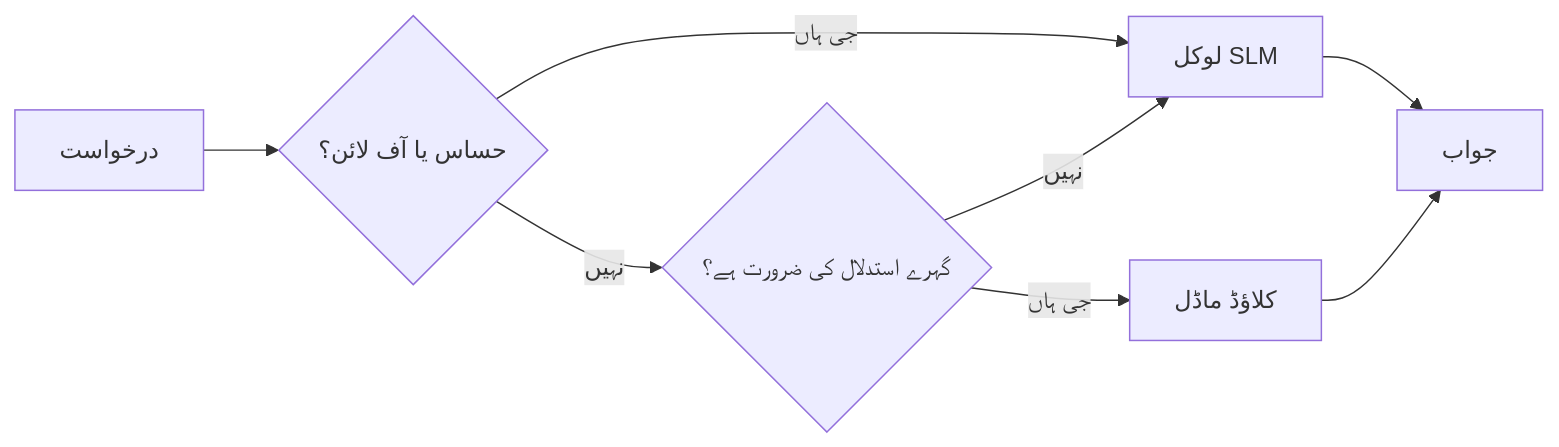
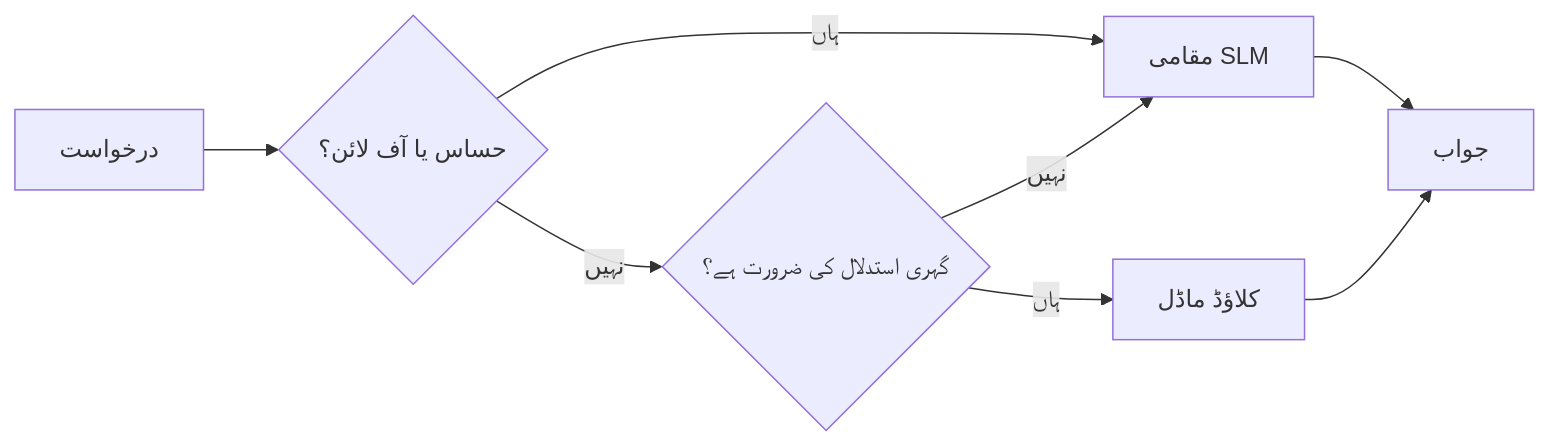
One commit to microsoft/ai-agents-for-beginners changed the fourth of 4 diagrams in translations/ur/17-creating-local-ai-agents/README.md. Above: the diagram before and after it, drawn with Mermaid. The commit also changed other lines of this file and 47 other files, not shown here.

````diff
--- a/translations/ur/17-creating-local-ai-agents/README.md
+++ b/translations/ur/17-creating-local-ai-agents/README.md
@@ -158,10 +158,10 @@
 ```mermaid
 flowchart LR
     Q[درخواست] --> S{حساس یا آف لائن؟}
-    S -->|جی ہاں| L[لوکل SLM]
-    S -->|نہیں| C{گہرے استدلال کی ضرورت ہے؟}
+    S -->|ہاں| L[مقامی SLM]
+    S -->|نہیں| C{گہری استدلال کی ضرورت ہے؟}
     C -->|نہیں| L
-    C -->|جی ہاں| Cloud[کلاؤڈ ماڈل]
+    C -->|ہاں| Cloud[کلاؤڈ ماڈل]
     L --> Out[جواب]
     Cloud --> Out
 ```
````
